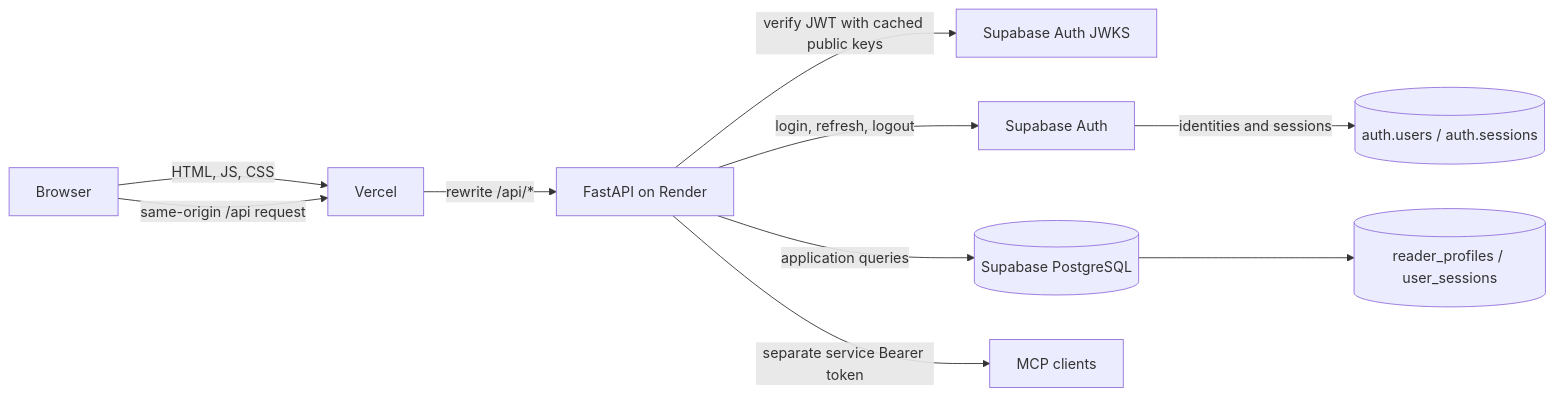
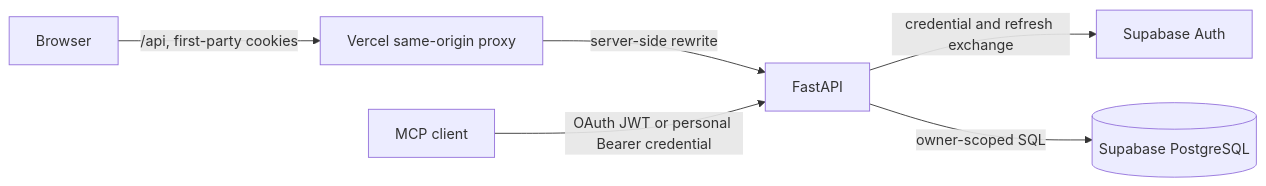
Before and after one commit to maheshdrago/blog-vault: the first of 9 diagrams in docs/authentication-and-session-architecture.md, drawn with Mermaid. The commit also changed other lines of this file and 59 other files, not shown here.

````diff
--- a/docs/authentication-and-session-architecture.md
+++ b/docs/authentication-and-session-architecture.md
@@ -163,12 +32,15 @@
 ```mermaid
 flowchart LR
-    B[Browser] -->|HTML, JS, CSS| V[Vercel]
-    B -->|same-origin /api request| V
-    V -->|rewrite /api/*| F[FastAPI on Render]
-    F -->|verify JWT with cached public keys| J[Supabase Auth JWKS]
-    F -->|login, refresh, logout| A[Supabase Auth]
-    F -->|application queries| P[(Supabase PostgreSQL)]
-    A -->|identities and sessions| AS[(auth.users / auth.sessions)]
-    P --> US[(reader_profiles / user_sessions)]
-    F -->|separate service Bearer token| M[MCP clients]
+    B[Browser]
+    V[Vercel same-origin proxy]
+    F[FastAPI]
+    A[Supabase Auth]
+    D[(Supabase PostgreSQL)]
+    M[MCP client]
+
+    B -->|/api, first-party cookies| V
+    V -->|server-side rewrite| F
+    F -->|credential and refresh exchange| A
+    F -->|owner-scoped SQL| D
+    M -->|OAuth JWT or personal Bearer credential| F
 ```
````
